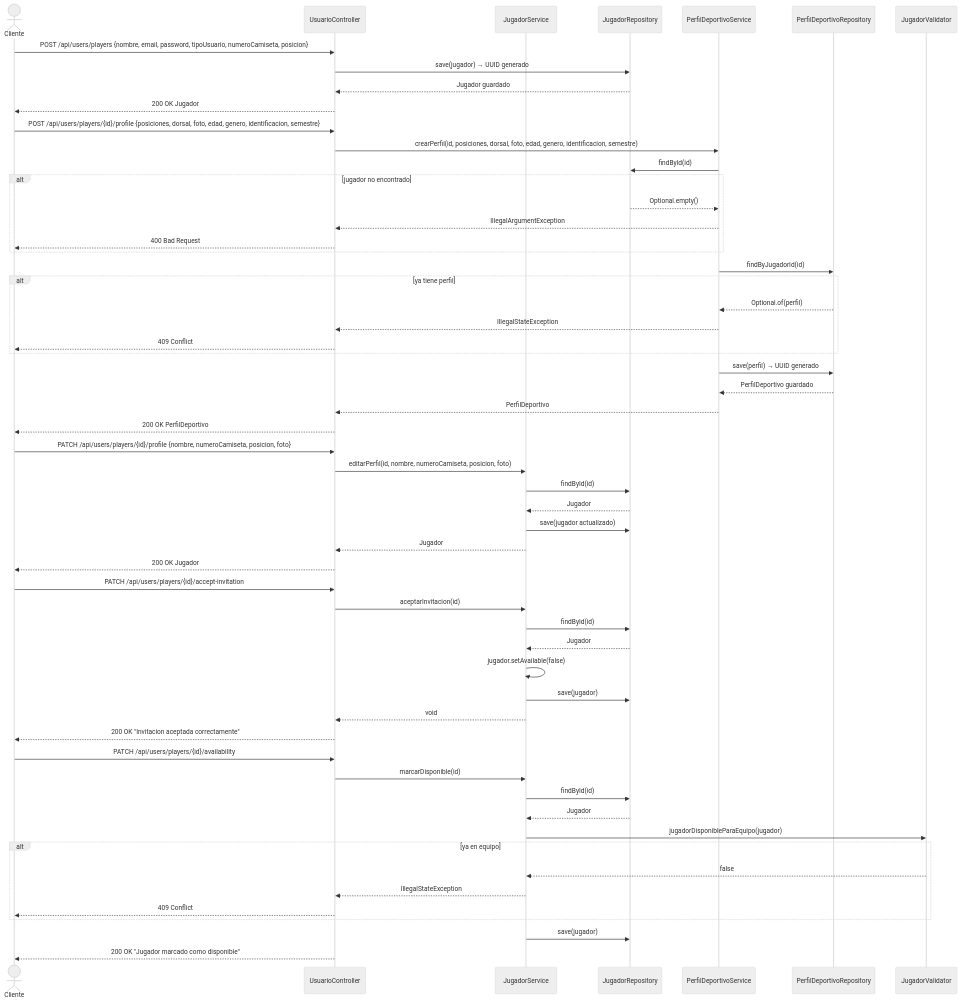
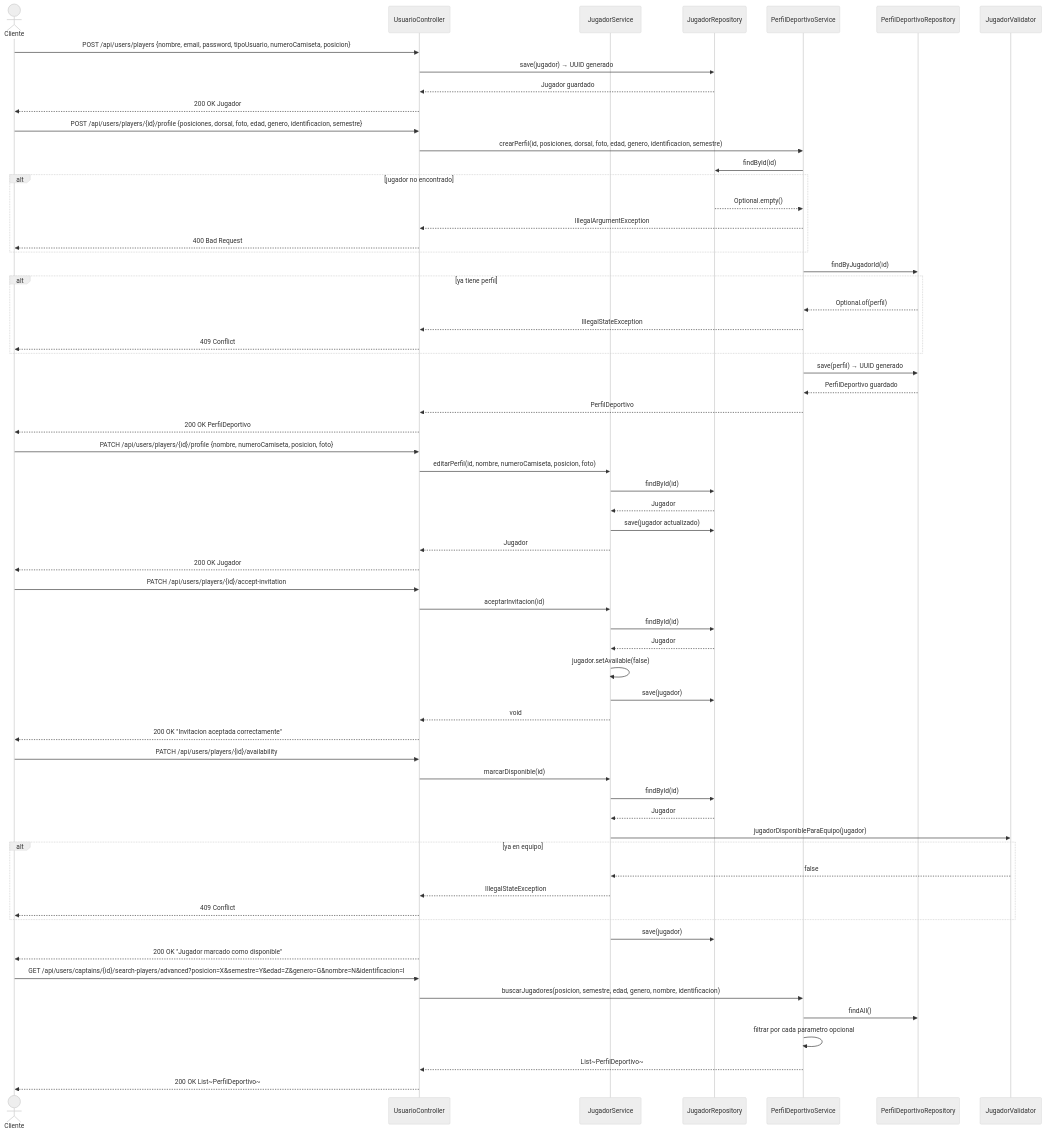
The diagram in docs/uml/diagramas-secuencia/05-jugadores.md (nglsz006/SFC_techcup-futbol), drawn with Mermaid (neutral theme) before and after one commit. The commit also changed 14 other files, not shown here.

Commit message:
actualizar diagramas: ER, clases, componentes, secuencia y contexto

````diff
--- a/docs/uml/diagramas-secuencia/05-jugadores.md
+++ b/docs/uml/diagramas-secuencia/05-jugadores.md
@@ -7,69 +7,76 @@
 ```mermaid
 sequenceDiagram
     actor Cliente
     participant UsuarioController
     participant JugadorService
     participant JugadorRepository
     participant PerfilDeportivoService
     participant PerfilDeportivoRepository
     participant JugadorValidator
 
     %% Crear jugador
     Cliente->>UsuarioController: POST /api/users/players {nombre, email, password, tipoUsuario, numeroCamiseta, posicion}
     UsuarioController->>JugadorRepository: save(jugador) → UUID generado
     JugadorRepository-->>UsuarioController: Jugador guardado
     UsuarioController-->>Cliente: 200 OK Jugador
 
     %% Crear perfil deportivo
     Cliente->>UsuarioController: POST /api/users/players/{id}/profile {posiciones, dorsal, foto, edad, genero, identificacion, semestre}
     UsuarioController->>PerfilDeportivoService: crearPerfil(id, posiciones, dorsal, foto, edad, genero, identificacion, semestre)
     PerfilDeportivoService->>JugadorRepository: findById(id)
     alt jugador no encontrado
         JugadorRepository-->>PerfilDeportivoService: Optional.empty()
         PerfilDeportivoService-->>UsuarioController: IllegalArgumentException
         UsuarioController-->>Cliente: 400 Bad Request
     end
     PerfilDeportivoService->>PerfilDeportivoRepository: findByJugadorId(id)
     alt ya tiene perfil
         PerfilDeportivoRepository-->>PerfilDeportivoService: Optional.of(perfil)
         PerfilDeportivoService-->>UsuarioController: IllegalStateException
         UsuarioController-->>Cliente: 409 Conflict
     end
     PerfilDeportivoService->>PerfilDeportivoRepository: save(perfil) → UUID generado
     PerfilDeportivoRepository-->>PerfilDeportivoService: PerfilDeportivo guardado
     PerfilDeportivoService-->>UsuarioController: PerfilDeportivo
     UsuarioController-->>Cliente: 200 OK PerfilDeportivo
 
     %% Editar perfil
     Cliente->>UsuarioController: PATCH /api/users/players/{id}/profile {nombre, numeroCamiseta, posicion, foto}
     UsuarioController->>JugadorService: editarPerfil(id, nombre, numeroCamiseta, posicion, foto)
     JugadorService->>JugadorRepository: findById(id)
     JugadorRepository-->>JugadorService: Jugador
     JugadorService->>JugadorRepository: save(jugador actualizado)
     JugadorService-->>UsuarioController: Jugador
     UsuarioController-->>Cliente: 200 OK Jugador
 
     %% Aceptar invitacion
     Cliente->>UsuarioController: PATCH /api/users/players/{id}/accept-invitation
     UsuarioController->>JugadorService: aceptarInvitacion(id)
     JugadorService->>JugadorRepository: findById(id)
     JugadorRepository-->>JugadorService: Jugador
     JugadorService->>JugadorService: jugador.setAvailable(false)
     JugadorService->>JugadorRepository: save(jugador)
     JugadorService-->>UsuarioController: void
     UsuarioController-->>Cliente: 200 OK "Invitacion aceptada correctamente"
 
     %% Marcar disponible
     Cliente->>UsuarioController: PATCH /api/users/players/{id}/availability
     UsuarioController->>JugadorService: marcarDisponible(id)
     JugadorService->>JugadorRepository: findById(id)
     JugadorRepository-->>JugadorService: Jugador
     JugadorService->>JugadorValidator: jugadorDisponibleParaEquipo(jugador)
     alt ya en equipo
         JugadorValidator-->>JugadorService: false
         JugadorService-->>UsuarioController: IllegalStateException
         UsuarioController-->>Cliente: 409 Conflict
     end
     JugadorService->>JugadorRepository: save(jugador)
     UsuarioController-->>Cliente: 200 OK "Jugador marcado como disponible"
+    %% Busqueda avanzada de jugadores
+    Cliente->>UsuarioController: GET /api/users/captains/{id}/search-players/advanced?posicion=X&semestre=Y&edad=Z&genero=G&nombre=N&identificacion=I
+    UsuarioController->>PerfilDeportivoService: buscarJugadores(posicion, semestre, edad, genero, nombre, identificacion)
+    PerfilDeportivoService->>PerfilDeportivoRepository: findAll()
+    PerfilDeportivoService->>PerfilDeportivoService: filtrar por cada parametro opcional
+    PerfilDeportivoService-->>UsuarioController: List~PerfilDeportivo~
+    UsuarioController-->>Cliente: 200 OK List~PerfilDeportivo~
 ```
````
